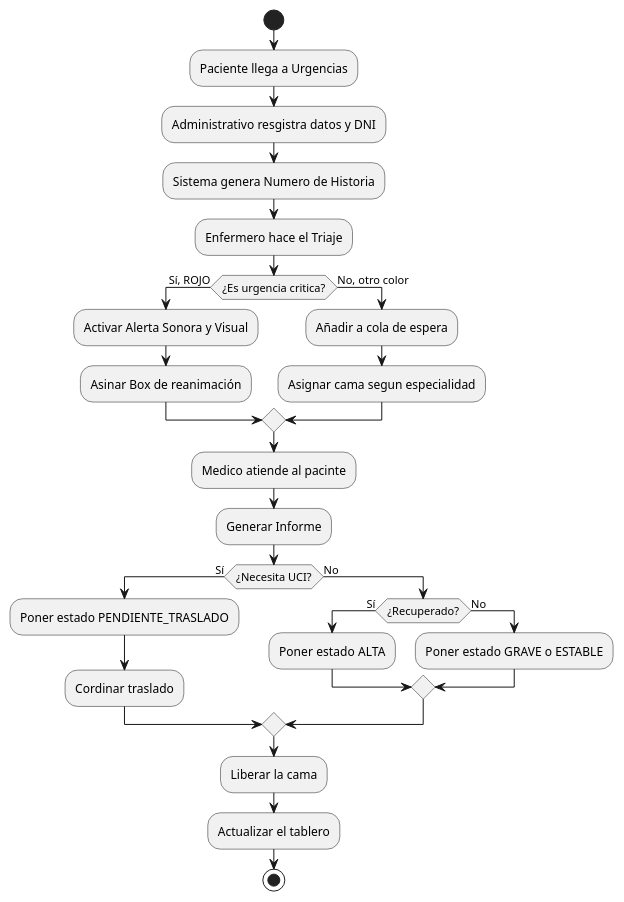
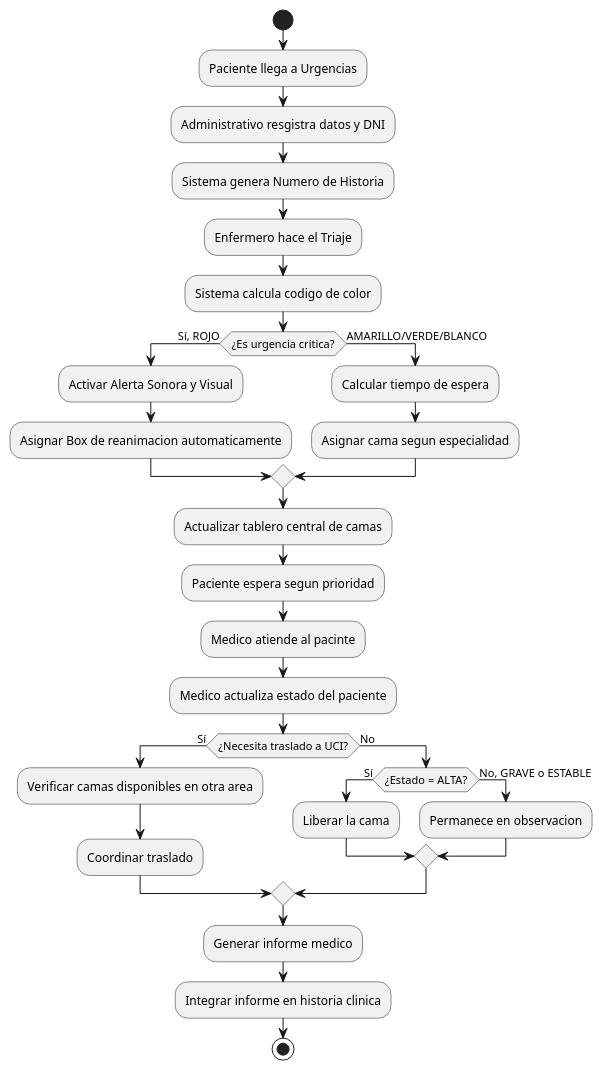
The diagram in docs/diagramas/comportamiento/diagrama-comportamiento.puml (fadliabidi25-hash/gestion-urgencias-triaje), drawn with PlantUML before and after one commit. The commit also changed 7 other files, not shown here.

```diff
--- a/docs/diagramas/comportamiento/diagrama-comportamiento.puml
+++ b/docs/diagramas/comportamiento/diagrama-comportamiento.puml
@@ -1,40 +1,44 @@
 @startuml
 ' ============================================================
 ' DIAGRAMA DE ACTIVIDADES - PACIENTE EN URGENCIAS
 ' ============================================================
 
 start
 
 :Paciente llega a Urgencias;
 :Administrativo resgistra datos y DNI;
 :Sistema genera Numero de Historia;
 
 :Enfermero hace el Triaje;
+:Sistema calcula codigo de color;
 
 if (¿Es urgencia critica?) then (Sí, ROJO)
   :Activar Alerta Sonora y Visual;
-  :Asinar Box de reanimación;
-else (No, otro color)
-  :Añadir a cola de espera;
+  :Asignar Box de reanimacion automaticamente;
+else (AMARILLO/VERDE/BLANCO)
+  :Calcular tiempo de espera;
   :Asignar cama segun especialidad;
 endif
 
+:Actualizar tablero central de camas;
+:Paciente espera segun prioridad;
+
 :Medico atiende al pacinte;
-:Generar Informe;
+:Medico actualiza estado del paciente;
 
-if (¿Necesita UCI?) then (Sí)
-  :Poner estado PENDIENTE_TRASLADO;
-  :Cordinar traslado;
+if (¿Necesita traslado a UCI?) then (Sí)
+  :Verificar camas disponibles en otra area;
+  :Coordinar traslado;
 else (No)
-  if (¿Recuperado?) then (Sí)
-    :Poner estado ALTA;
-  else (No)
-    :Poner estado GRAVE o ESTABLE;
+  if (¿Estado = ALTA?) then (Sí)
+    :Liberar la cama;
+  else (No, GRAVE o ESTABLE)
+    :Permanece en observacion;
   endif
 endif
 
-:Liberar la cama;
-:Actualizar el tablero;
+:Generar informe medico;
+:Integrar informe en historia clinica;
 
 stop
 @enduml
```
